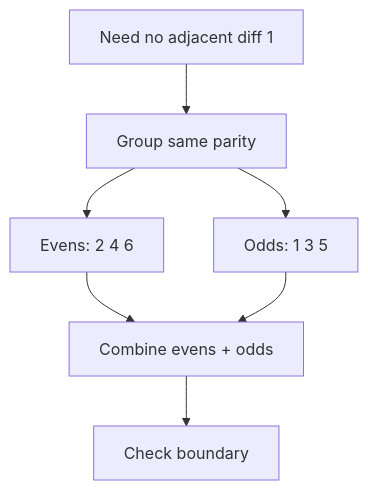
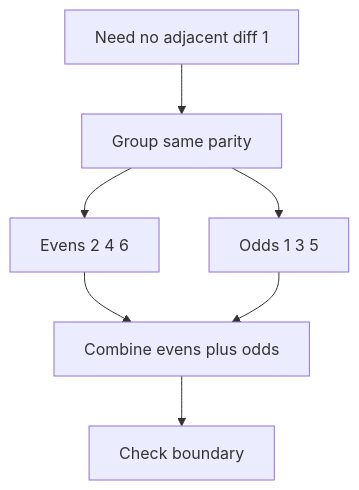
Before and after one commit to mthaiseer/springcloud-systemdesign-notes: the seventh of 25 diagrams in CP_DSA_NOTES/002_CONCEPT_FRAMEWORK_FORMS_TATICS/011_CONTRUCTIVE_ALGORITHMS_CFFT.md, drawn with Mermaid. The commit also changed other lines of this file and 1 other file, not shown here.

````diff
--- a/CP_DSA_NOTES/002_CONCEPT_FRAMEWORK_FORMS_TATICS/011_CONTRUCTIVE_ALGORITHMS_CFFT.md
+++ b/CP_DSA_NOTES/002_CONCEPT_FRAMEWORK_FORMS_TATICS/011_CONTRUCTIVE_ALGORITHMS_CFFT.md
@@ -433,9 +428,9 @@
 ```mermaid
 flowchart TD
-    A[Need no adjacent diff 1] --> B[Group same parity]
-    B --> C[Evens: 2 4 6]
-    B --> D[Odds: 1 3 5]
-    C --> E[Combine evens + odds]
+    A["Need no adjacent diff 1"] --> B["Group same parity"]
+    B --> C["Evens 2 4 6"]
+    B --> D["Odds 1 3 5"]
+    C --> E["Combine evens plus odds"]
     D --> E
-    E --> F[Check boundary]
+    E --> F["Check boundary"]
 ```
````
